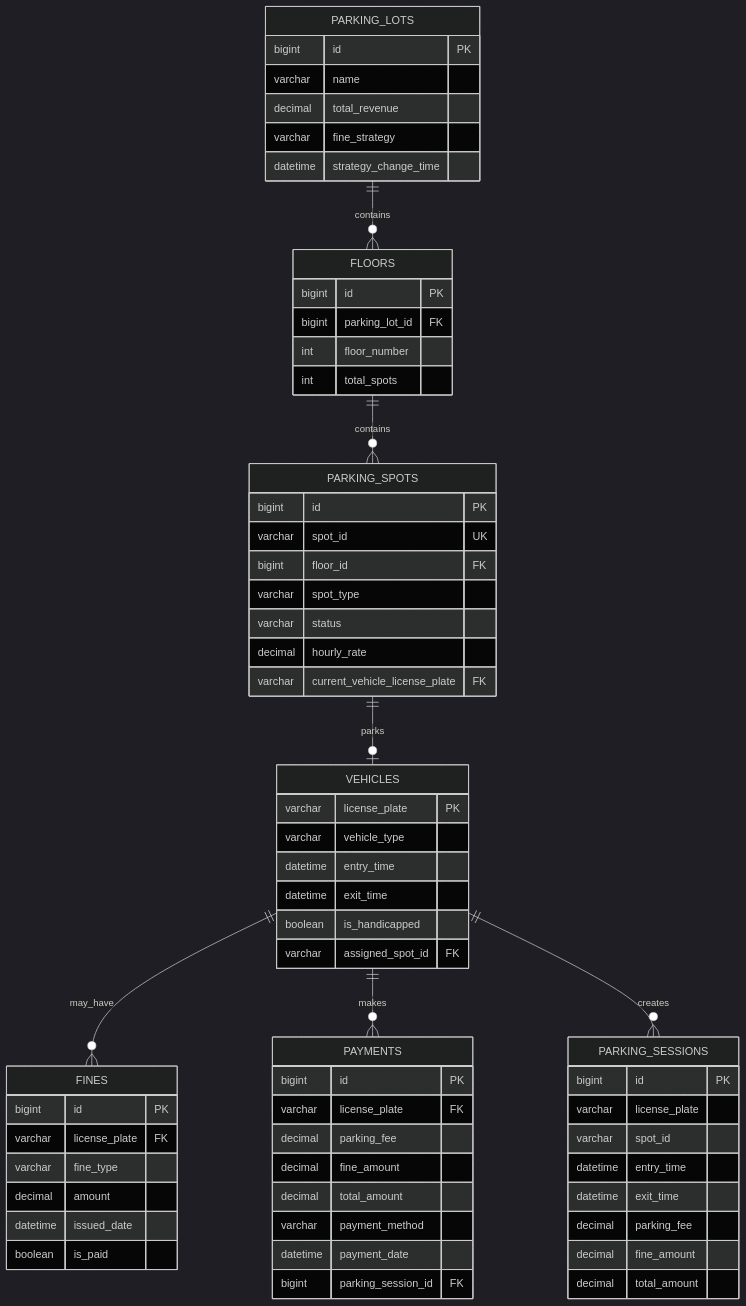
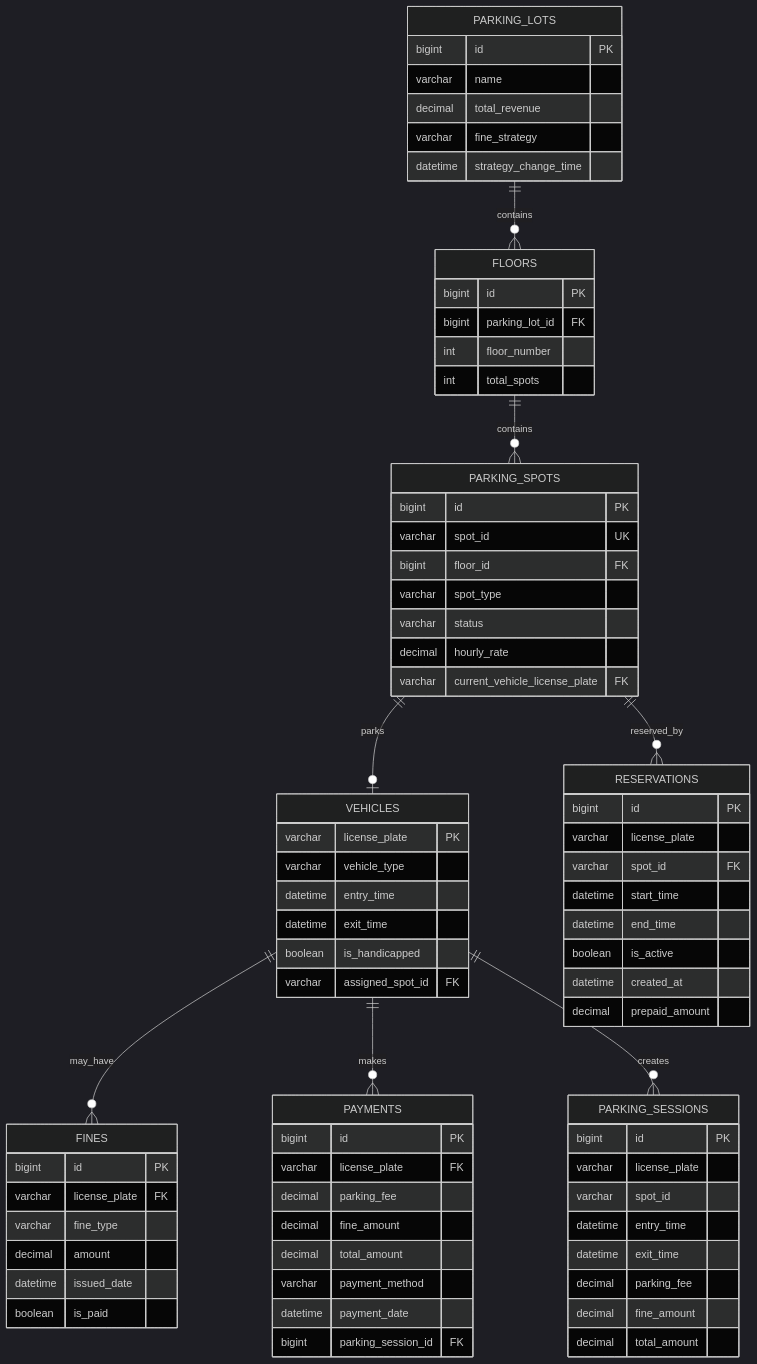
Diagram 21 of 22 in UML_DIAGRAMS.md (Jinyuanmak/OOAD-Assignment), drawn with Mermaid (dark theme) before and after one commit. The commit also changed other lines of this file and 1 other file, not shown here.

````diff
--- a/UML_DIAGRAMS.md
+++ b/UML_DIAGRAMS.md
@@ -790,6 +975,7 @@
     PARKING_LOTS ||--o{ FLOORS : contains
     FLOORS ||--o{ PARKING_SPOTS : contains
     PARKING_SPOTS ||--o| VEHICLES : parks
+    PARKING_SPOTS ||--o{ RESERVATIONS : reserved_by
     VEHICLES ||--o{ FINES : may_have
     VEHICLES ||--o{ PAYMENTS : makes
     VEHICLES ||--o{ PARKING_SESSIONS : creates
@@ -858,4 +1044,15 @@
         decimal fine_amount
         decimal total_amount
     }
+    
+    RESERVATIONS {
+        bigint id PK
+        varchar license_plate
+        varchar spot_id FK
+        datetime start_time
+        datetime end_time
+        boolean is_active
+        datetime created_at
+        decimal prepaid_amount
+    }
 ```
````
